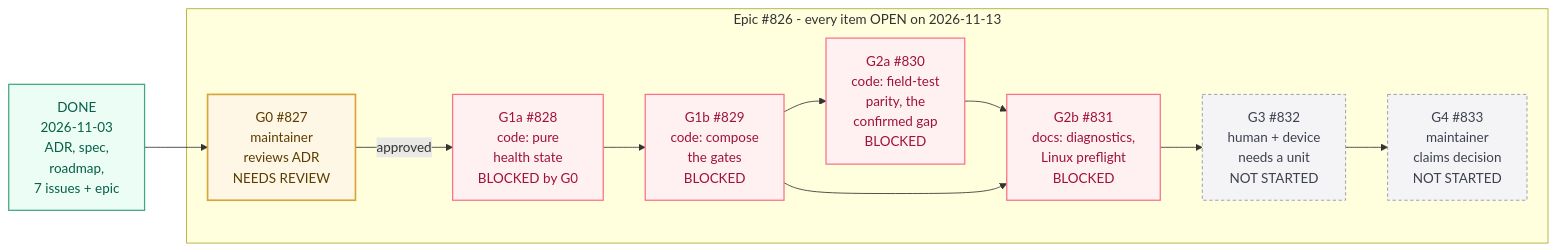
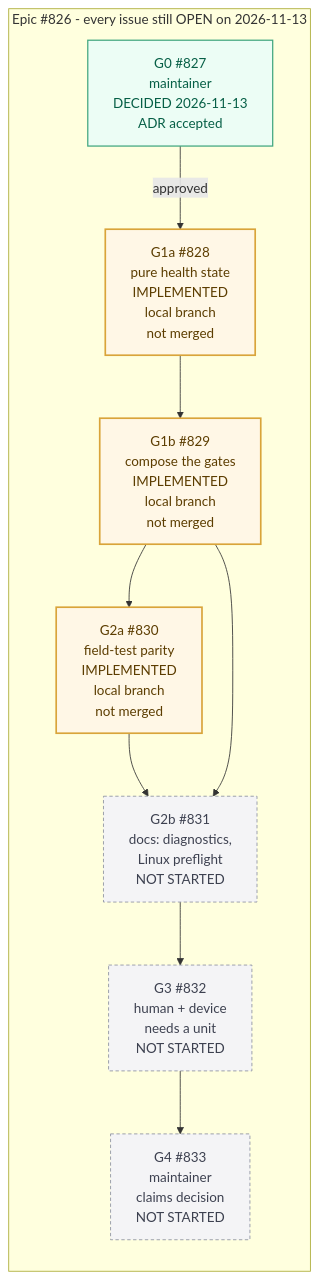
The sixth of 6 diagrams in design/biosignal/thinkgear-flowcharts.md (MSKazemi/yazses), drawn with Mermaid before and after one commit. The commit also changed other lines of this file and 2 other files, not shown here.

First line of the commit message:
docs(biosignal): redraw the ThinkGear flowcharts against the #828-#830 code

````diff
--- a/design/biosignal/thinkgear-flowcharts.md
+++ b/design/biosignal/thinkgear-flowcharts.md
@@ -243,23 +317,19 @@
 ```mermaid
 flowchart LR
     classDef success fill:#ecfdf5,stroke:#43a780,stroke-width:1.5px,color:#065f46
     classDef failure fill:#fff1f2,stroke:#fb7185,stroke-width:1.5px,color:#9f1239
     classDef muted   fill:#f4f4f6,stroke:#8c91a0,stroke-width:1px,stroke-dasharray:4 3,color:#3d4150
     classDef review  fill:#fff7e6,stroke:#d9a43a,stroke-width:2px,color:#5c3d00
 
-    DONE[DONE<br/>2026-11-03<br/>ADR, spec,<br/>roadmap,<br/>7 issues + epic]:::success
-
-    subgraph E[Epic #826 - every item OPEN on 2026-11-13]
-        G0[G0 #827<br/>maintainer<br/>reviews ADR<br/>NEEDS REVIEW]:::review
-        G1a[G1a #828<br/>code: pure<br/>health state<br/>BLOCKED by G0]:::failure
-        G1b[G1b #829<br/>code: compose<br/>the gates<br/>BLOCKED]:::failure
-        G2a[G2a #830<br/>code: field-test<br/>parity, the<br/>confirmed gap<br/>BLOCKED]:::failure
-        G2b[G2b #831<br/>docs: diagnostics,<br/>Linux preflight<br/>BLOCKED]:::failure
+    subgraph E[Epic #826 - every issue still OPEN on 2026-11-13]
+        G0[G0 #827<br/>maintainer<br/>DECIDED 2026-11-13<br/>ADR accepted]:::success
+        G1a[G1a #828<br/>pure health state<br/>IMPLEMENTED<br/>local branch<br/>not merged]:::review
+        G1b[G1b #829<br/>compose the gates<br/>IMPLEMENTED<br/>local branch<br/>not merged]:::review
+        G2a[G2a #830<br/>field-test parity<br/>IMPLEMENTED<br/>local branch<br/>not merged]:::review
+        G2b[G2b #831<br/>docs: diagnostics,<br/>Linux preflight<br/>NOT STARTED]:::muted
         G3[G3 #832<br/>human + device<br/>needs a unit<br/>NOT STARTED]:::muted
         G4[G4 #833<br/>maintainer<br/>claims decision<br/>NOT STARTED]:::muted
         G0 -->|approved| G1a --> G1b --> G2a --> G2b --> G3 --> G4
         G1b --> G2b
     end
-
-    DONE --> G0
 ```
````
